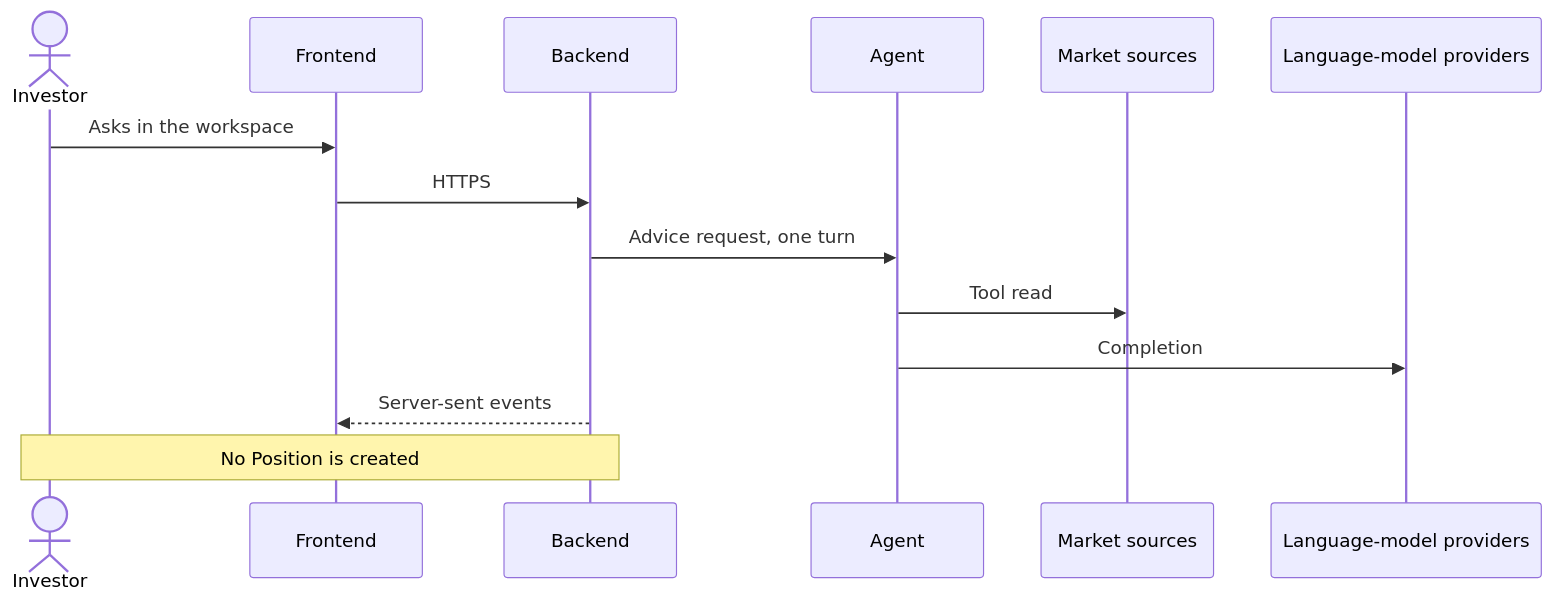
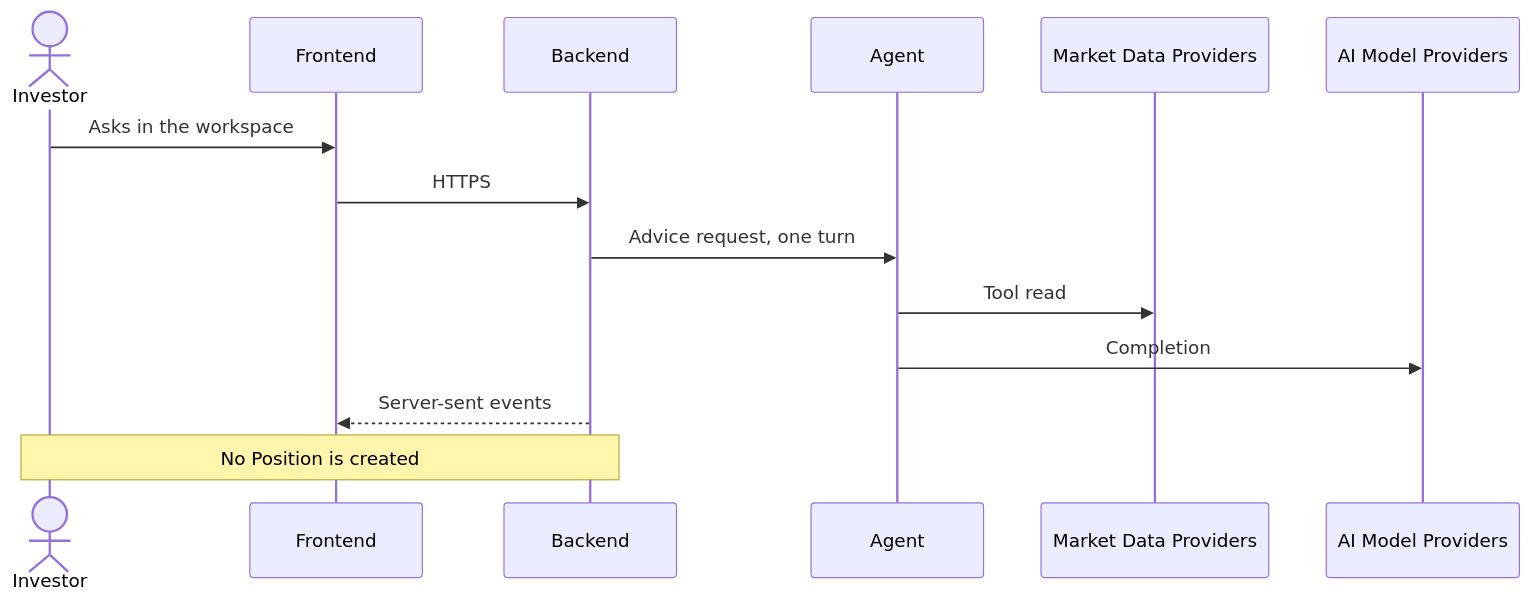
Before and after one commit to d-dragon/dp-stock-investment-assistant: the sixth of 8 diagrams in docs/architecture/SYSTEM_OVERVIEW_AND_BOUNDARIES.md, drawn with Mermaid. The commit also changed other lines of this file and 10 other files, not shown here.

````diff
--- a/docs/architecture/SYSTEM_OVERVIEW_AND_BOUNDARIES.md
+++ b/docs/architecture/SYSTEM_OVERVIEW_AND_BOUNDARIES.md
@@ -233,17 +381,17 @@
 ```mermaid
 sequenceDiagram
     actor Investor
     participant Frontend
     participant Backend
     participant Agent
-    participant Market as Market sources
-    participant Models as Language-model providers
+    participant Market as Market Data Providers
+    participant Models as AI Model Providers
 
     Investor->>Frontend: Asks in the workspace
     Frontend->>Backend: HTTPS
     Backend->>Agent: Advice request, one turn
     Agent->>Market: Tool read
     Agent->>Models: Completion
     Backend-->>Frontend: Server-sent events
     Note over Investor,Backend: No Position is created
 ```
````
